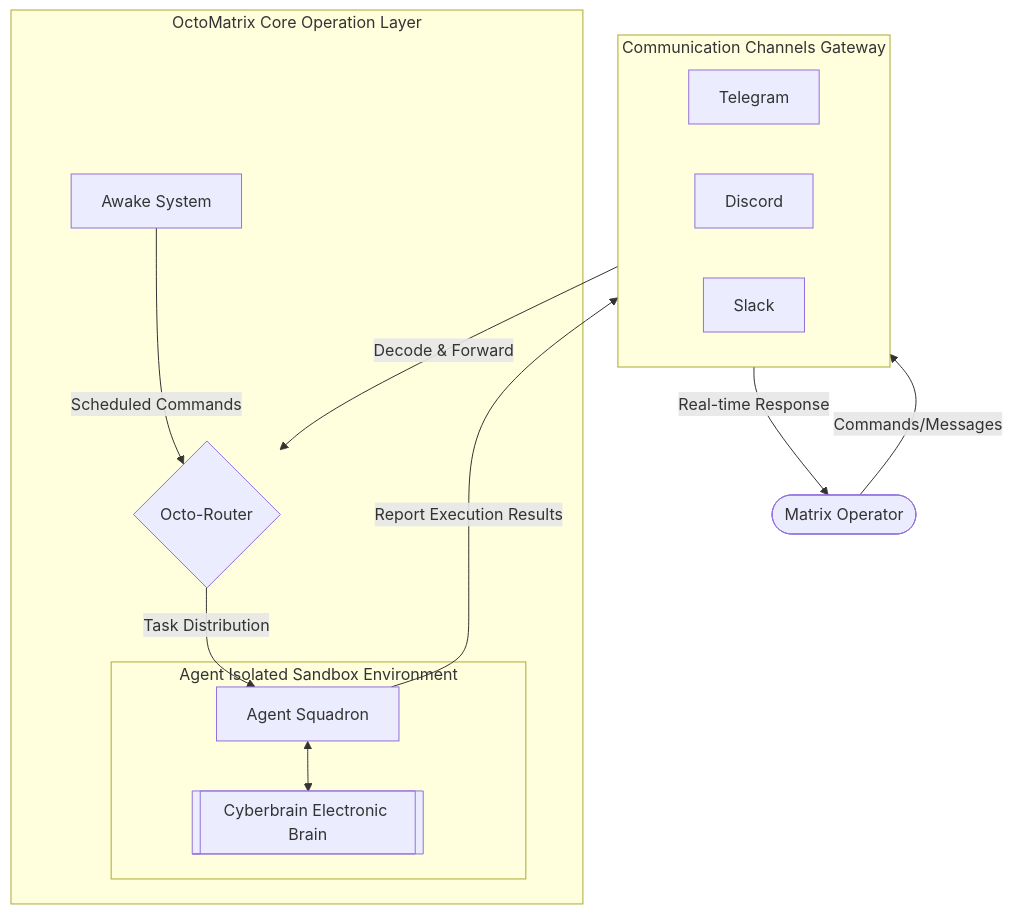
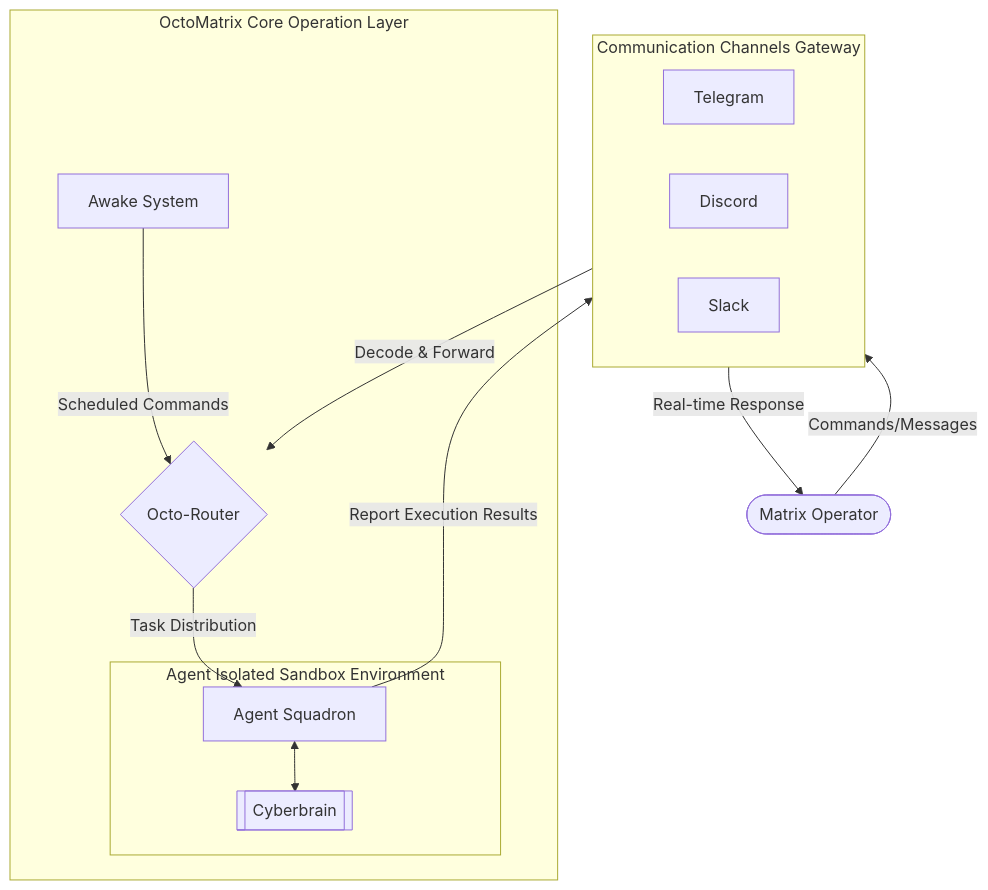
Before and after one commit to meso4444/OctoMatrix: the diagram in README.md, drawn with Mermaid.

Commit message:
docs: simplify Cyberbrain terminology in architecture diagram

````diff
--- a/README.md
+++ b/README.md
@@ -26,26 +26,26 @@
 ```mermaid
 graph TD
     Operator([Matrix Operator]) -- "Commands/Messages" --> Channels
     
     subgraph Channels [Communication Channels Gateway]
         TG[Telegram]
         DC[Discord]
         SL[Slack]
     end
     
     Channels -- "Decode & Forward" --> Router{Octo-Router}
     
     subgraph Core [OctoMatrix Core Operation Layer]
         Router -- "Task Distribution" --> Agents
         Awake[Awake System] -- "Scheduled Commands" --> Router
         
         subgraph Sandbox [Agent Isolated Sandbox Environment]
             Agents[Agent Squadron]
-            Cyberbrain[[Cyberbrain Electronic Brain]]
+            Cyberbrain[[Cyberbrain]]
             Agents <--> Cyberbrain
         end
     end
     
     Agents -- "Report Execution Results" --> Channels
     Channels -- "Real-time Response" --> Operator
 ```
````
